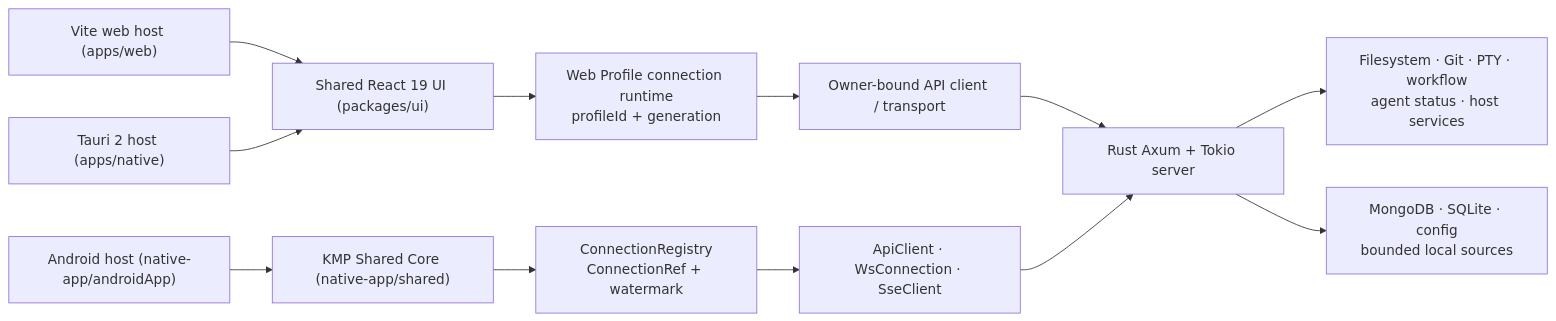
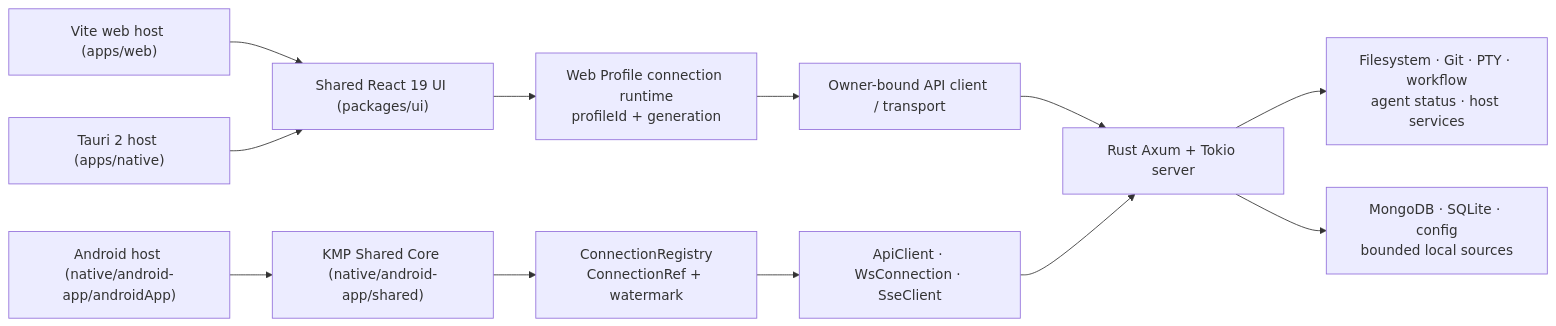
Before and after one commit to loidinhm31/dam-hopper: the diagram in docs/system-architecture.md, drawn with Mermaid. The commit also changed other lines of this file and 542 other files, not shown here.

Commit message:
feat(android): setup release signing workflow and rename native-app to native/android-app

````diff
--- a/docs/system-architecture.md
+++ b/docs/system-architecture.md
@@ -9,14 +9,14 @@
 ```mermaid
 flowchart LR
   Web["Vite web host (apps/web)"] --> UI["Shared React 19 UI (packages/ui)"]
   Native["Tauri 2 host (apps/native)"] --> UI
-  Android["Android host (native-app/androidApp)"] --> KMP["KMP Shared Core (native-app/shared)"]
+  Android["Android host (native/android-app/androidApp)"] --> KMP["KMP Shared Core (native/android-app/shared)"]
   UI --> Profiles["Web Profile connection runtime<br/>profileId + generation"]
   KMP --> Reg["ConnectionRegistry<br/>ConnectionRef + watermark"]
   Profiles --> Client["Owner-bound API client / transport"]
   Reg --> ClientNative["ApiClient · WsConnection · SseClient"]
   Client --> Server["Rust Axum + Tokio server"]
   ClientNative --> Server
   Server --> Domains["Filesystem · Git · PTY · workflow<br/>agent status · host services"]
   Server --> Store["MongoDB · SQLite · config<br/>bounded local sources"]
 ```
````
